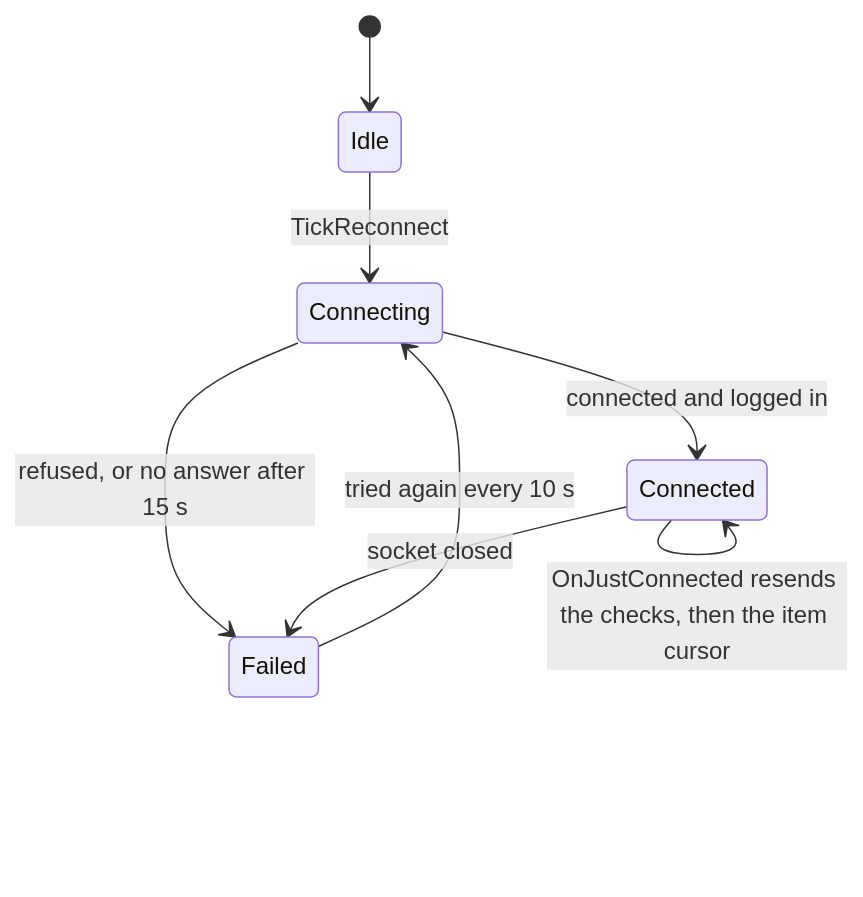
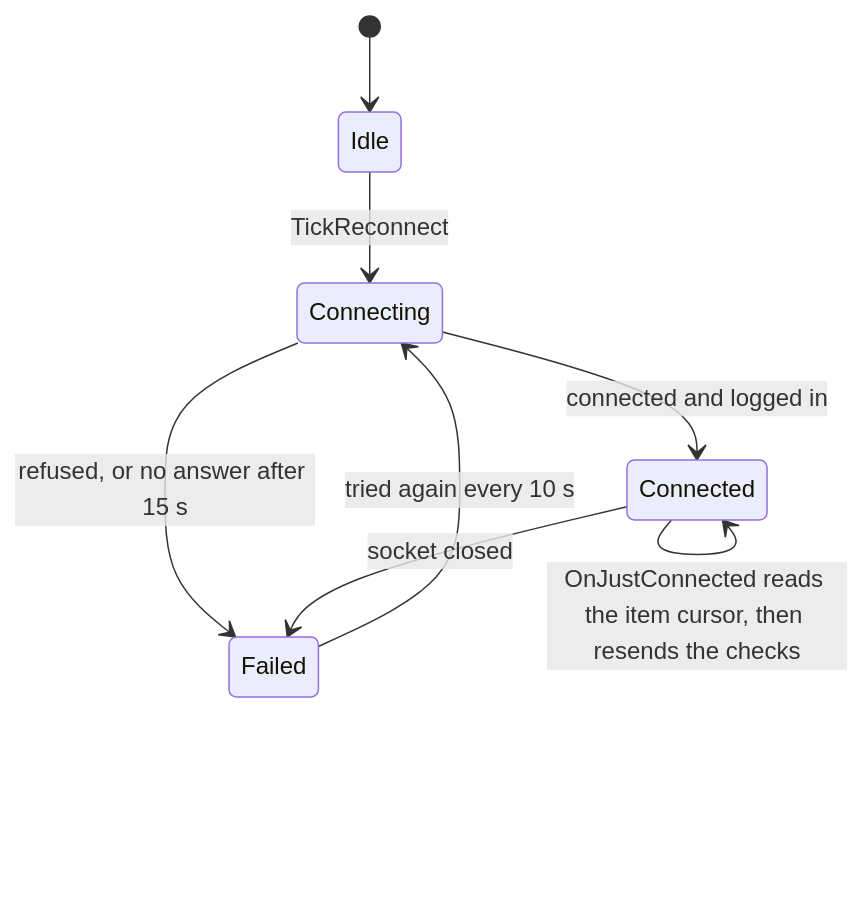
The third of 3 diagrams in mod/DEVELOPMENT.md (Grizfreak/BigWalk-archipelago-review), drawn with Mermaid before and after one commit. The commit also changed other lines of this file, not shown here.

Commit message:
docs: the item cursor is read before the checks are resent

````diff
--- a/mod/DEVELOPMENT.md
+++ b/mod/DEVELOPMENT.md
@@ -50,10 +50,10 @@
 ```mermaid
 stateDiagram-v2
     [*] --> Idle
     Idle --> Connecting: TickReconnect
     Connecting --> Connected: connected and logged in
     Connecting --> Failed: refused, or no answer after 15 s
     Connected --> Failed: socket closed
     Failed --> Connecting: tried again every 10 s
-    Connected --> Connected: OnJustConnected resends the checks, then the item cursor
+    Connected --> Connected: OnJustConnected reads the item cursor, then resends the checks
 ```
````
